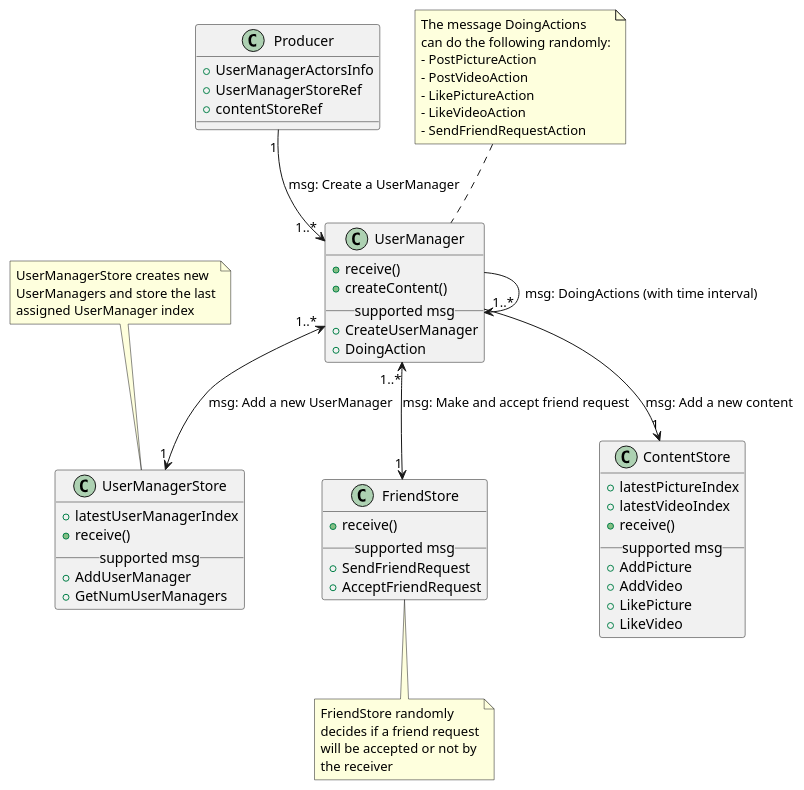
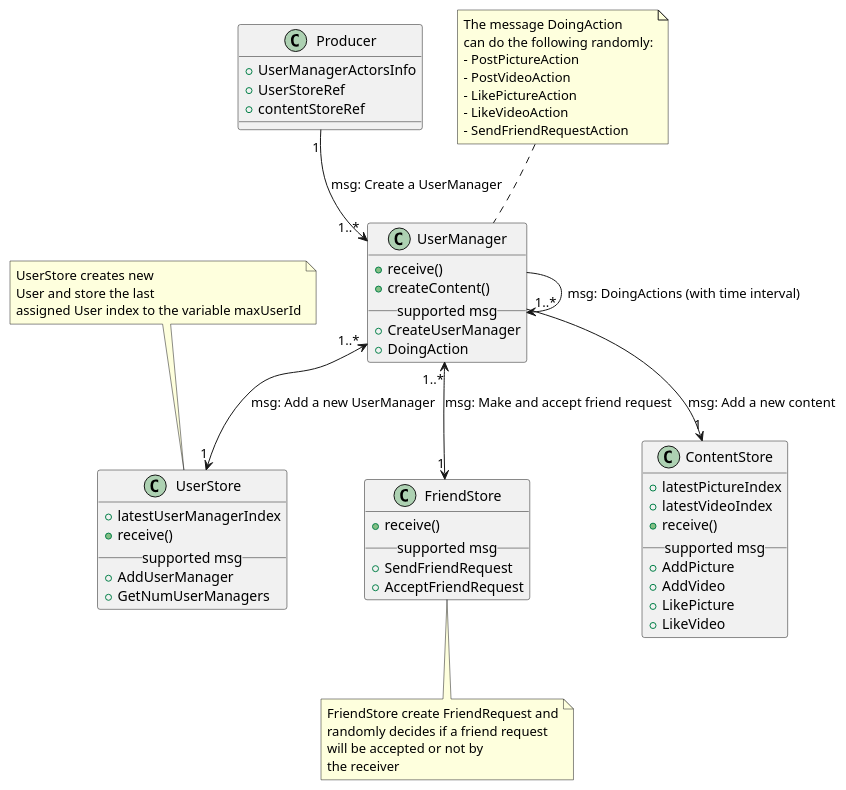
The diagram in diagrams/src/producer_actors.wsd (Esme-Projet-8/Data_Producer), drawn with PlantUML before and after one commit. The commit also changed 9 other files, not shown here.

Commit message:
Send all messages to PubSub and update diagrams

```diff
--- a/diagrams/src/producer_actors.wsd
+++ b/diagrams/src/producer_actors.wsd
@@ -1,68 +1,68 @@
 @startuml
 
 class Producer {
     +UserManagerActorsInfo
-    +UserManagerStoreRef
+    +UserStoreRef
     +contentStoreRef
 }
 
 class ContentStore {
     +latestPictureIndex
     +latestVideoIndex
     +receive()
     __ supported msg __
     +AddPicture
     +AddVideo
     +LikePicture
     +LikeVideo
 } 
 
-class UserManagerStore {
+class UserStore {
     +latestUserManagerIndex
     +receive()
     __ supported msg __
     +AddUserManager
     +GetNumUserManagers
 }
-note top of UserManagerStore
-   UserManagerStore creates new
-   UserManagers and store the last
-   assigned UserManager index
+note top of UserStore
+   UserStore creates new
+   User and store the last
+   assigned User index to the variable maxUserId
 end note
 
 class UserManager {
     +receive()
     +createContent()
     __ supported msg __
     +CreateUserManager
     +DoingAction
 } 
 note top of UserManager
-    The message DoingActions 
+    The message DoingAction
     can do the following randomly:
     - PostPictureAction
     - PostVideoAction
     - LikePictureAction
     - LikeVideoAction
     - SendFriendRequestAction
 end note
 
 class FriendStore {
     +receive()
     __ supported msg __
     +SendFriendRequest
     +AcceptFriendRequest
 }
 note bottom of FriendStore
-   FriendStore randomly
-   decides if a friend request
+   FriendStore create FriendRequest and
+   randomly decides if a friend request
    will be accepted or not by
    the receiver
 end note
 
 Producer "1" --> "1..*" UserManager : msg: Create a UserManager
 UserManager --> UserManager : msg: DoingActions (with time interval)
-UserManager "1..*" <--> "1" UserManagerStore : msg: Add a new UserManager
+UserManager "1..*" <--> "1" UserStore : msg: Add a new UserManager
 UserManager "1..*" --> "1" ContentStore : msg: Add a new content
 UserManager "1..*" <--> "1" FriendStore : msg: Make and accept friend request
 @enduml
```
